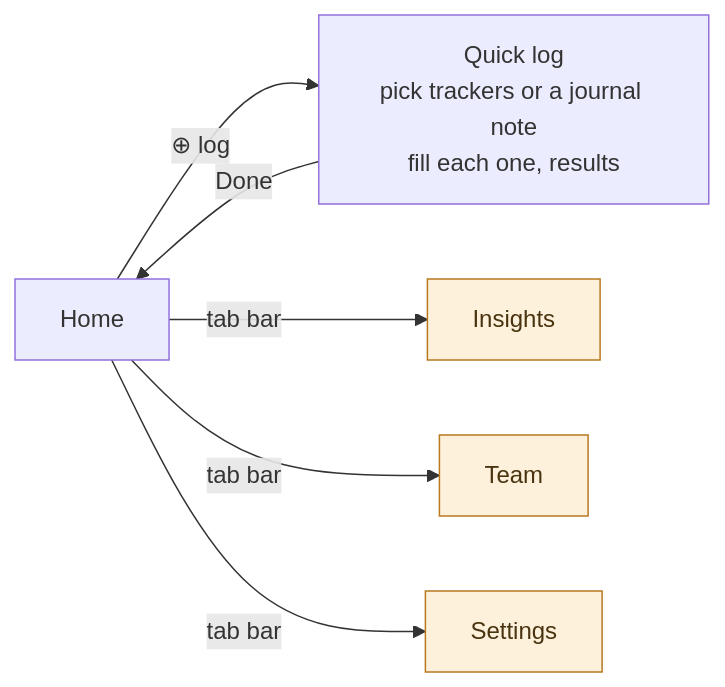
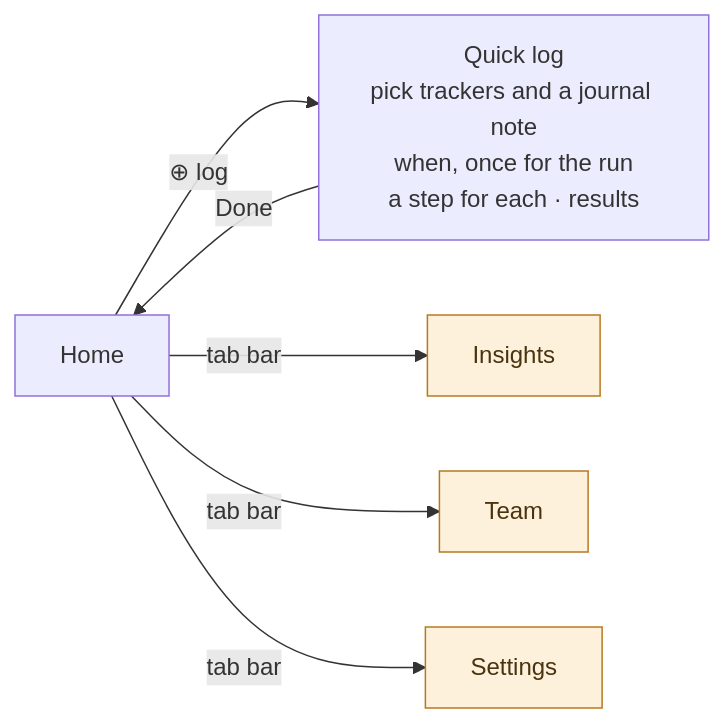
The eighth of 15 diagrams in docs/PRD.md (care-giver-app/caregiver-v2), drawn with Mermaid before and after one commit. The commit also changed other lines of this file and 3 other files, not shown here.

````diff
--- a/docs/PRD.md
+++ b/docs/PRD.md
@@ -471,17 +587,17 @@
 ```mermaid
 flowchart LR
     Home["Home"]
-    QuickLog["Quick log<br/>pick trackers or a journal note<br/>fill each one, results"]
+    QuickLog["Quick log<br/>pick trackers and a journal note<br/>when, once for the run<br/>a step for each · results"]
     Insights["Insights"]
     Team["Team"]
     Settings["Settings"]
 
     Home -- "⊕ log" --> QuickLog
     QuickLog -- "Done" --> Home
     Home -- "tab bar" --> Insights
     Home -- "tab bar" --> Team
     Home -- "tab bar" --> Settings
 
     classDef handoff fill:#FDF1DC,stroke:#B8791F,color:#4A3410
     class Insights,Team,Settings handoff
 ```
````
